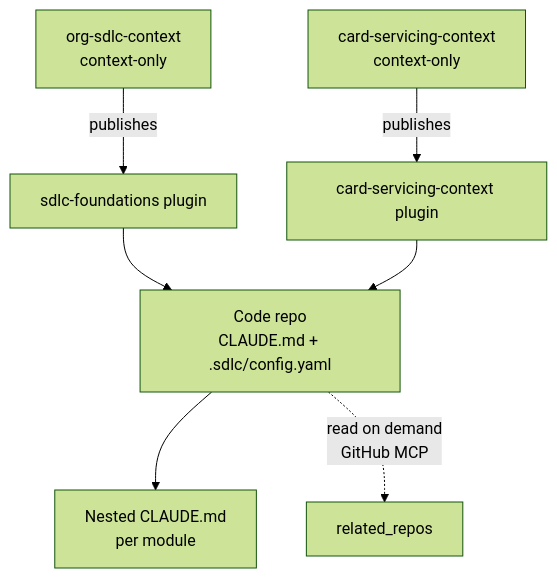
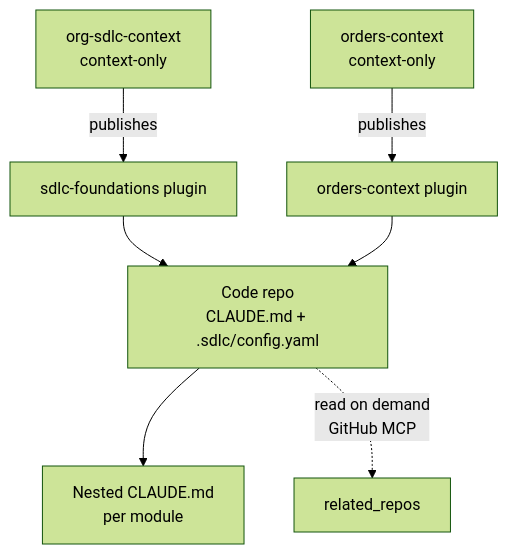
The second of 3 diagrams in docs/04-repo-and-context-readiness.md (yganti87/ai-native-sdlc-execution-playbook), drawn with Mermaid (forest theme) before and after one commit. The commit also changed other lines of this file and 3 other files, not shown here.

````diff
--- a/docs/04-repo-and-context-readiness.md
+++ b/docs/04-repo-and-context-readiness.md
@@ -128,9 +128,9 @@
 ```mermaid
 flowchart TD
   O[org-sdlc-context<br/>context-only] -->|publishes| OP[sdlc-foundations plugin]
-  D[card-servicing-context<br/>context-only] -->|publishes| DP[card-servicing-context plugin]
+  D[orders-context<br/>context-only] -->|publishes| DP[orders-context plugin]
   OP --> R[Code repo<br/>CLAUDE.md + .sdlc/config.yaml]
   DP --> R
   R --> N[Nested CLAUDE.md<br/>per module]
   R -.->|read on demand<br/>GitHub MCP| X[related_repos]
 ```
````
